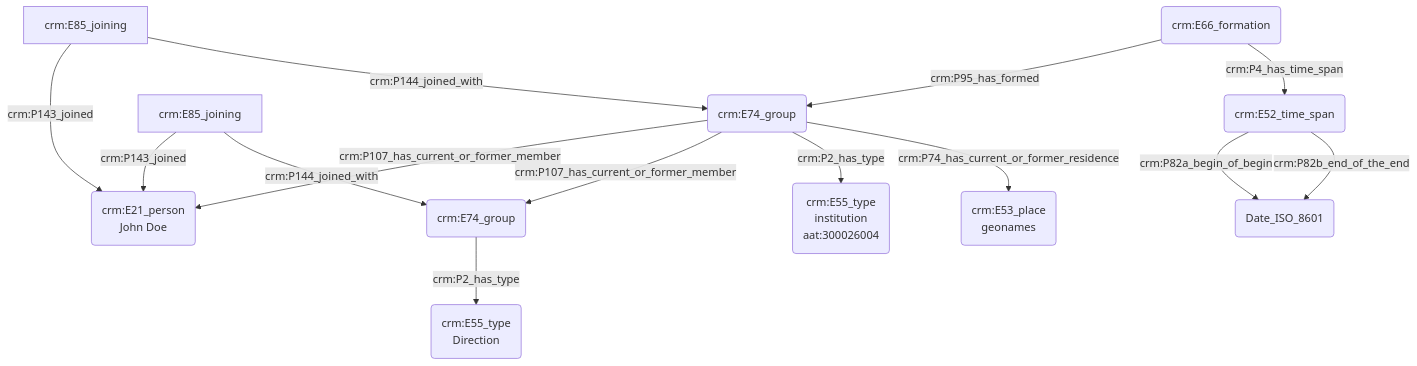
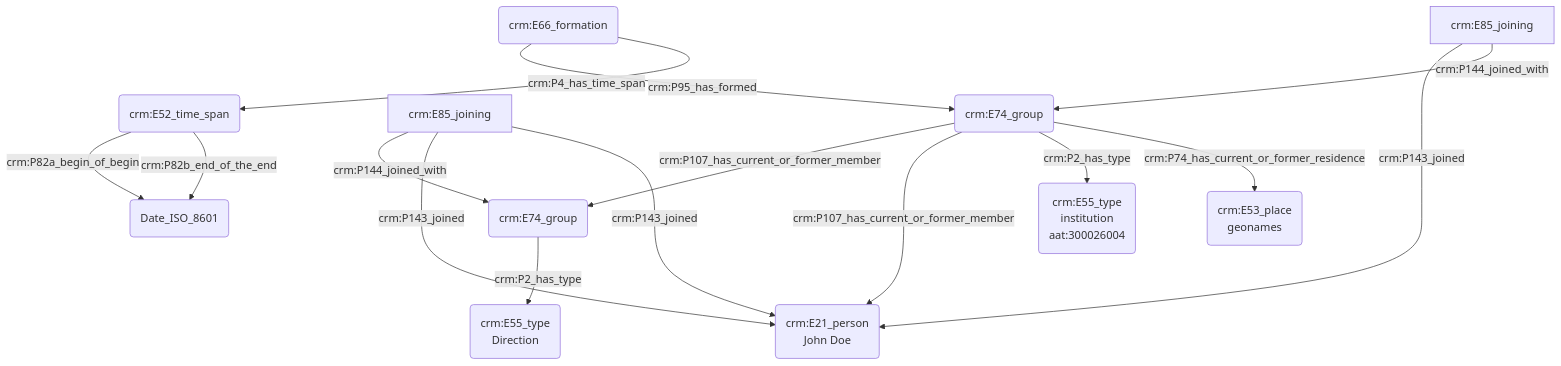
The diagram in modules/livrables/Dossier 2/Prosopographie/statut ou rôle au sein d'une institution.md (Amleth/consortium-musica2-gt2-ontologies), drawn with Mermaid before and after one commit.

Commit message:
Update statut ou rôle au sein d'une institution.md

````diff
--- a/modules/livrables/Dossier 2/Prosopographie/statut ou rôle au sein d'une institution.md
+++ b/modules/livrables/Dossier 2/Prosopographie/statut ou rôle au sein d'une institution.md
@@ -11,21 +11,25 @@
 ```mermaid
 graph TD;
 
-L[crm:E85_joining] -->|crm:P143_joined| K(crm:E21_person<br>John Doe)
-M(crm:E74_group) --> |crm:P107_has_current_or_former_member| K(crm:E21_person<br>John Doe)
-L[crm:E85_joining] --> |crm:P144_joined_with| M(crm:E74_group)
-U[crm:E85_joining] -->|crm:P143_joined| K(crm:E21_person<br>John Doe)
+
+
 M(crm:E74_group) --> |crm:P107_has_current_or_former_member| S(crm:E74_group)
 S(crm:E74_group) --> |crm:P2_has_type| T(crm:E55_type<br>Direction)
 U[crm:E85_joining] --> |crm:P144_joined_with| S(crm:E74_group)
+
+U[crm:E85_joining] --->|crm:P143_joined| K(crm:E21_person<br>John Doe)
+L[crm:E85_joining] --->|crm:P143_joined| K(crm:E21_person<br>John Doe)
+U[crm:E85_joining] --->|crm:P143_joined| K(crm:E21_person<br>John Doe)
+M(crm:E74_group) ---> |crm:P107_has_current_or_former_member| K(crm:E21_person<br>John Doe)
+L[crm:E85_joining] --> |crm:P144_joined_with| M(crm:E74_group)
 
 M(crm:E74_group) -->|crm:P2_has_type| N(crm:E55_type<br>institution<br>aat:300026004)
 M(crm:E74_group) -->|crm:P74_has_current_or_former_residence| O(crm:E53_place<br>geonames)
 P(crm:E66_formation)  -->|crm:P95_has_formed| M(crm:E74_group)
 P(crm:E66_formation) -->|crm:P4_has_time_span| Q(crm:E52_time_span)
 Q(crm:E52_time_span) -->|crm:P82a_begin_of_begin| R(Date_ISO_8601)
 Q(crm:E52_time_span) -->|crm:P82b_end_of_the_end| R(Date_ISO_8601)
 
 
 
 ```
````
